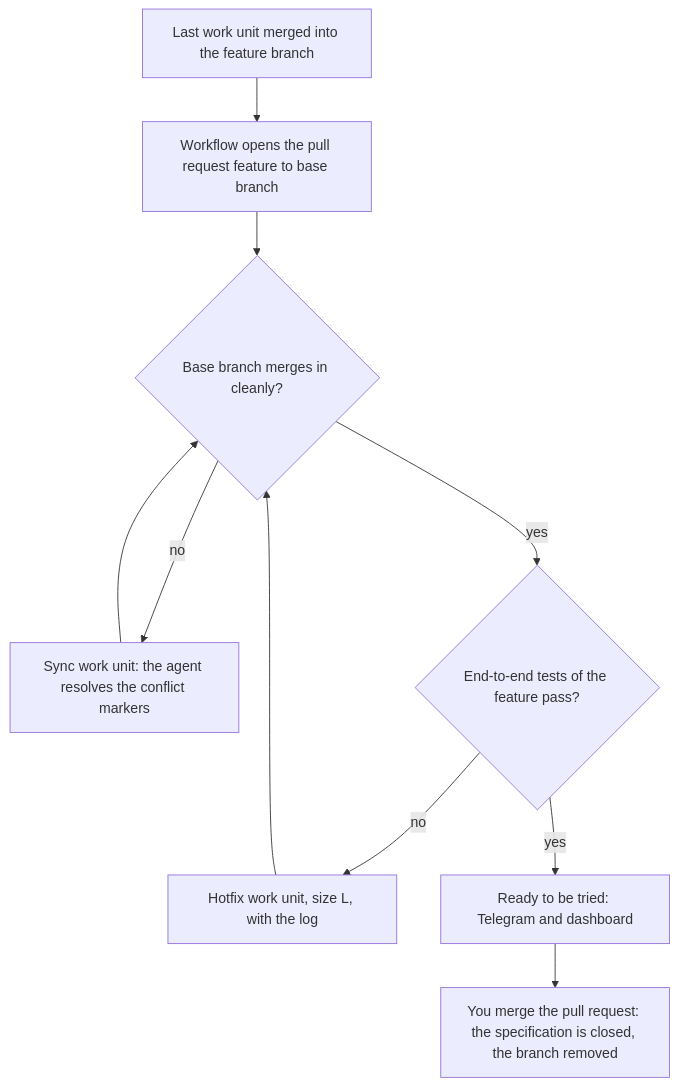
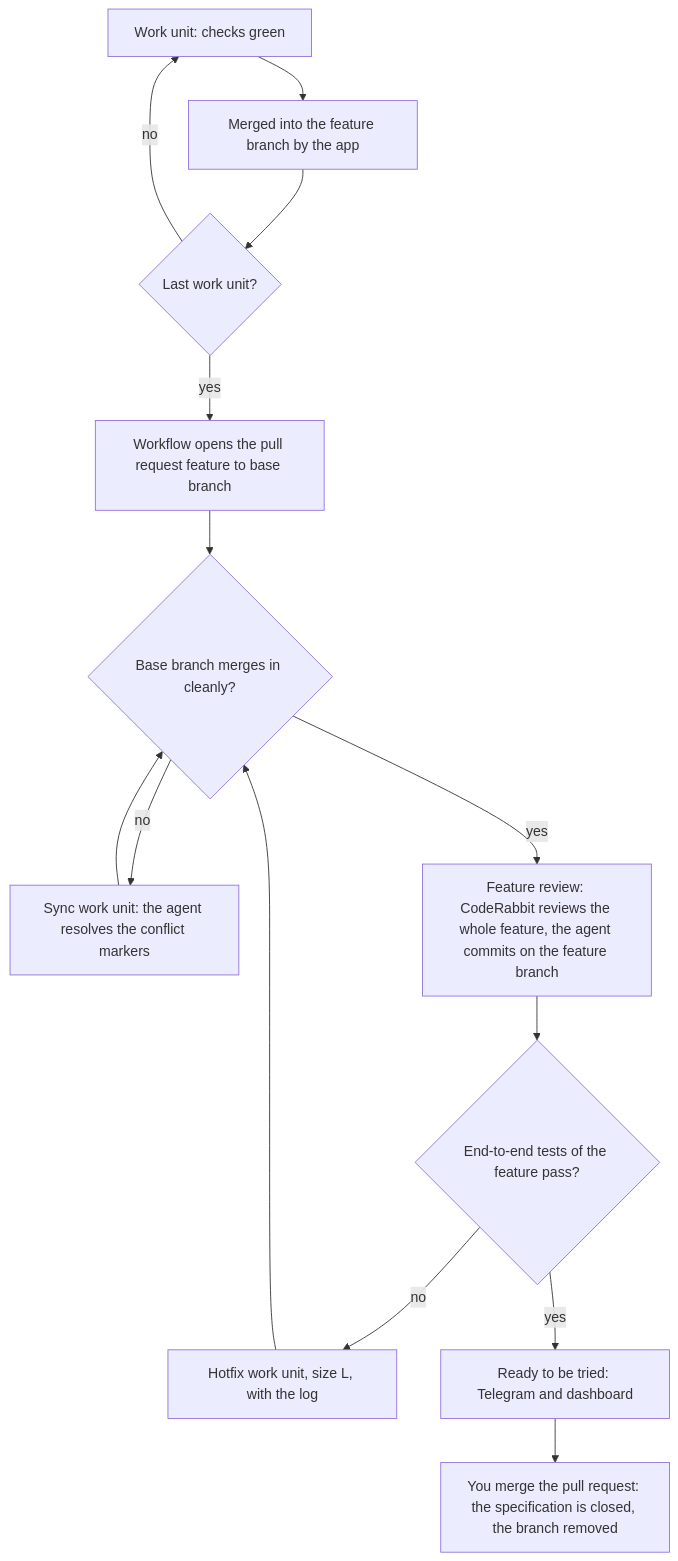
One commit to PeppeColi/peppec changed the second of 2 diagrams in docs/architecture.md. Above: the diagram before and after it, drawn with Mermaid. The commit also changed other lines of this file and 13 other files, not shown here.

First line of the commit message:
feat: CodeRabbit reviews the whole feature on its pull request; work units go into the feature branch on green checks (#132)

````diff
--- a/docs/architecture.md
+++ b/docs/architecture.md
@@ -55,12 +55,16 @@
 ```mermaid
 flowchart TD
-    U[Last work unit merged into the feature branch] --> O[Workflow opens the pull request feature to base branch]
+    W[Work unit: checks green] --> U[Merged into the feature branch by the app]
+    U --> L{Last work unit?}
+    L -- no --> W
+    L -- yes --> O[Workflow opens the pull request feature to base branch]
     O --> S{Base branch merges in cleanly?}
     S -- no --> Y[Sync work unit: the agent resolves the conflict markers]
     Y --> S
-    S -- yes --> E{End-to-end tests of the feature pass?}
+    S -- yes --> R[Feature review: CodeRabbit reviews the whole feature, the agent commits on the feature branch]
+    R --> E{End-to-end tests of the feature pass?}
     E -- no --> H[Hotfix work unit, size L, with the log]
     H --> S
     E -- yes --> T[Ready to be tried: Telegram and dashboard]
     T --> M[You merge the pull request: the specification is closed, the branch removed]
 ```
````
